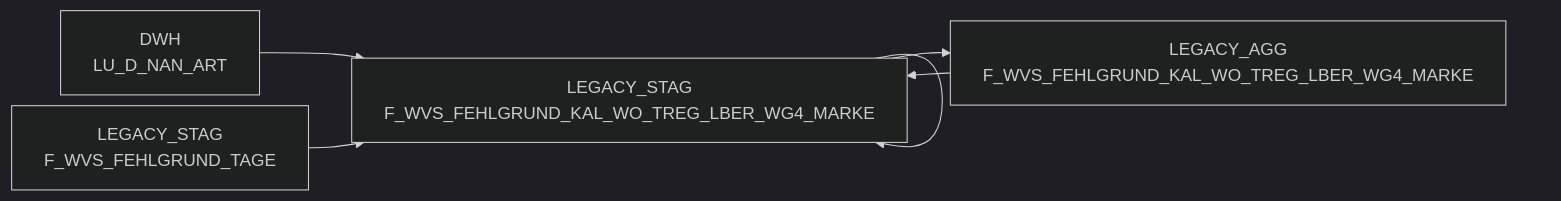
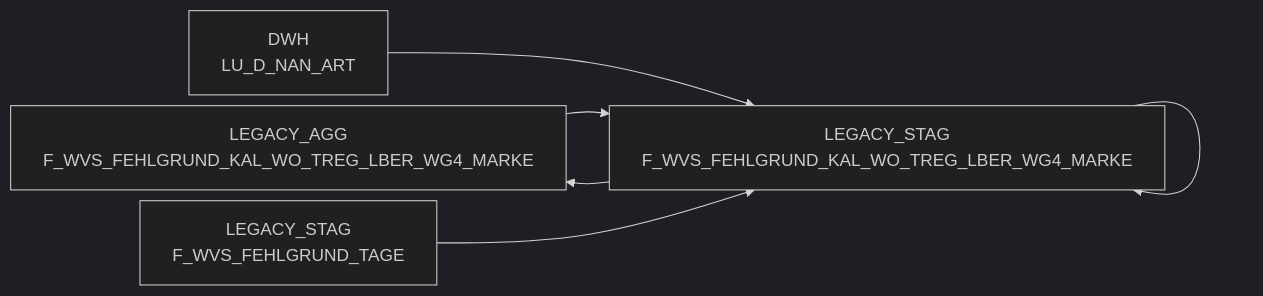
Before and after one commit to integration-factory-de/sas_code_docs: the diagram in docs/Tables/LEGACY_STAG/F_WVS_FEHLGRUND_KAL_WO_TREG_LBER_WG4_MARKE.md, drawn with Mermaid (dark theme). The commit also changed other lines of this file and 129 other files, not shown here.

````diff
--- a/docs/Tables/LEGACY_STAG/F_WVS_FEHLGRUND_KAL_WO_TREG_LBER_WG4_MARKE.md
+++ b/docs/Tables/LEGACY_STAG/F_WVS_FEHLGRUND_KAL_WO_TREG_LBER_WG4_MARKE.md
@@ -9,21 +19,21 @@
 ```mermaid
 %%{init: {'flowchart': { 'nodeSpacing': 10, 'rankSpacing': 40, 'rankdir': 'TB' }}}%%
 
 flowchart LR
 
+  LEGACY_AGG.F_WVS_FEHLGRUND_KAL_WO_TREG_LBER_WG4_MARKE["LEGACY_AGG<br/>F_WVS_FEHLGRUND_KAL_WO_TREG_LBER_WG4_MARKE"] --> LEGACY_STAG.F_WVS_FEHLGRUND_KAL_WO_TREG_LBER_WG4_MARKE["LEGACY_STAG<br/>F_WVS_FEHLGRUND_KAL_WO_TREG_LBER_WG4_MARKE"]
   DWH.LU_D_NAN_ART["DWH<br/>LU_D_NAN_ART"] --> LEGACY_STAG.F_WVS_FEHLGRUND_KAL_WO_TREG_LBER_WG4_MARKE["LEGACY_STAG<br/>F_WVS_FEHLGRUND_KAL_WO_TREG_LBER_WG4_MARKE"]
   LEGACY_STAG.F_WVS_FEHLGRUND_KAL_WO_TREG_LBER_WG4_MARKE["LEGACY_STAG<br/>F_WVS_FEHLGRUND_KAL_WO_TREG_LBER_WG4_MARKE"] --> LEGACY_STAG.F_WVS_FEHLGRUND_KAL_WO_TREG_LBER_WG4_MARKE["LEGACY_STAG<br/>F_WVS_FEHLGRUND_KAL_WO_TREG_LBER_WG4_MARKE"]
-  LEGACY_AGG.F_WVS_FEHLGRUND_KAL_WO_TREG_LBER_WG4_MARKE["LEGACY_AGG<br/>F_WVS_FEHLGRUND_KAL_WO_TREG_LBER_WG4_MARKE"] --> LEGACY_STAG.F_WVS_FEHLGRUND_KAL_WO_TREG_LBER_WG4_MARKE["LEGACY_STAG<br/>F_WVS_FEHLGRUND_KAL_WO_TREG_LBER_WG4_MARKE"]
+  LEGACY_STAG.F_WVS_FEHLGRUND_KAL_WO_TREG_LBER_WG4_MARKE["LEGACY_STAG<br/>F_WVS_FEHLGRUND_KAL_WO_TREG_LBER_WG4_MARKE"] --> LEGACY_AGG.F_WVS_FEHLGRUND_KAL_WO_TREG_LBER_WG4_MARKE["LEGACY_AGG<br/>F_WVS_FEHLGRUND_KAL_WO_TREG_LBER_WG4_MARKE"]
   LEGACY_STAG.F_WVS_FEHLGRUND_TAGE["LEGACY_STAG<br/>F_WVS_FEHLGRUND_TAGE"] --> LEGACY_STAG.F_WVS_FEHLGRUND_KAL_WO_TREG_LBER_WG4_MARKE["LEGACY_STAG<br/>F_WVS_FEHLGRUND_KAL_WO_TREG_LBER_WG4_MARKE"]
-  LEGACY_STAG.F_WVS_FEHLGRUND_KAL_WO_TREG_LBER_WG4_MARKE["LEGACY_STAG<br/>F_WVS_FEHLGRUND_KAL_WO_TREG_LBER_WG4_MARKE"] --> LEGACY_AGG.F_WVS_FEHLGRUND_KAL_WO_TREG_LBER_WG4_MARKE["LEGACY_AGG<br/>F_WVS_FEHLGRUND_KAL_WO_TREG_LBER_WG4_MARKE"]
+  click LEGACY_AGG.F_WVS_FEHLGRUND_KAL_WO_TREG_LBER_WG4_MARKE "../../tables/LEGACY_AGG/F_WVS_FEHLGRUND_KAL_WO_TREG_LBER_WG4_MARKE"
   click DWH.LU_D_NAN_ART "../../tables/DWH/LU_D_NAN_ART"
   click LEGACY_STAG.F_WVS_FEHLGRUND_KAL_WO_TREG_LBER_WG4_MARKE "../../tables/LEGACY_STAG/F_WVS_FEHLGRUND_KAL_WO_TREG_LBER_WG4_MARKE"
-  click LEGACY_AGG.F_WVS_FEHLGRUND_KAL_WO_TREG_LBER_WG4_MARKE "../../tables/LEGACY_AGG/F_WVS_FEHLGRUND_KAL_WO_TREG_LBER_WG4_MARKE"
+  click LEGACY_STAG.F_WVS_FEHLGRUND_KAL_WO_TREG_LBER_WG4_MARKE "../../tables/LEGACY_STAG/F_WVS_FEHLGRUND_KAL_WO_TREG_LBER_WG4_MARKE"
   click LEGACY_STAG.F_WVS_FEHLGRUND_TAGE "../../tables/LEGACY_STAG/F_WVS_FEHLGRUND_TAGE"
   click LEGACY_STAG.F_WVS_FEHLGRUND_KAL_WO_TREG_LBER_WG4_MARKE "../../tables/LEGACY_STAG/F_WVS_FEHLGRUND_KAL_WO_TREG_LBER_WG4_MARKE"
   click LEGACY_STAG.F_WVS_FEHLGRUND_KAL_WO_TREG_LBER_WG4_MARKE "../../tables/LEGACY_STAG/F_WVS_FEHLGRUND_KAL_WO_TREG_LBER_WG4_MARKE"
   click LEGACY_STAG.F_WVS_FEHLGRUND_KAL_WO_TREG_LBER_WG4_MARKE "../../tables/LEGACY_STAG/F_WVS_FEHLGRUND_KAL_WO_TREG_LBER_WG4_MARKE"
+  click LEGACY_AGG.F_WVS_FEHLGRUND_KAL_WO_TREG_LBER_WG4_MARKE "../../tables/LEGACY_AGG/F_WVS_FEHLGRUND_KAL_WO_TREG_LBER_WG4_MARKE"
   click LEGACY_STAG.F_WVS_FEHLGRUND_KAL_WO_TREG_LBER_WG4_MARKE "../../tables/LEGACY_STAG/F_WVS_FEHLGRUND_KAL_WO_TREG_LBER_WG4_MARKE"
-  click LEGACY_STAG.F_WVS_FEHLGRUND_KAL_WO_TREG_LBER_WG4_MARKE "../../tables/LEGACY_STAG/F_WVS_FEHLGRUND_KAL_WO_TREG_LBER_WG4_MARKE"
-  click LEGACY_AGG.F_WVS_FEHLGRUND_KAL_WO_TREG_LBER_WG4_MARKE "../../tables/LEGACY_AGG/F_WVS_FEHLGRUND_KAL_WO_TREG_LBER_WG4_MARKE"
 ```
````
